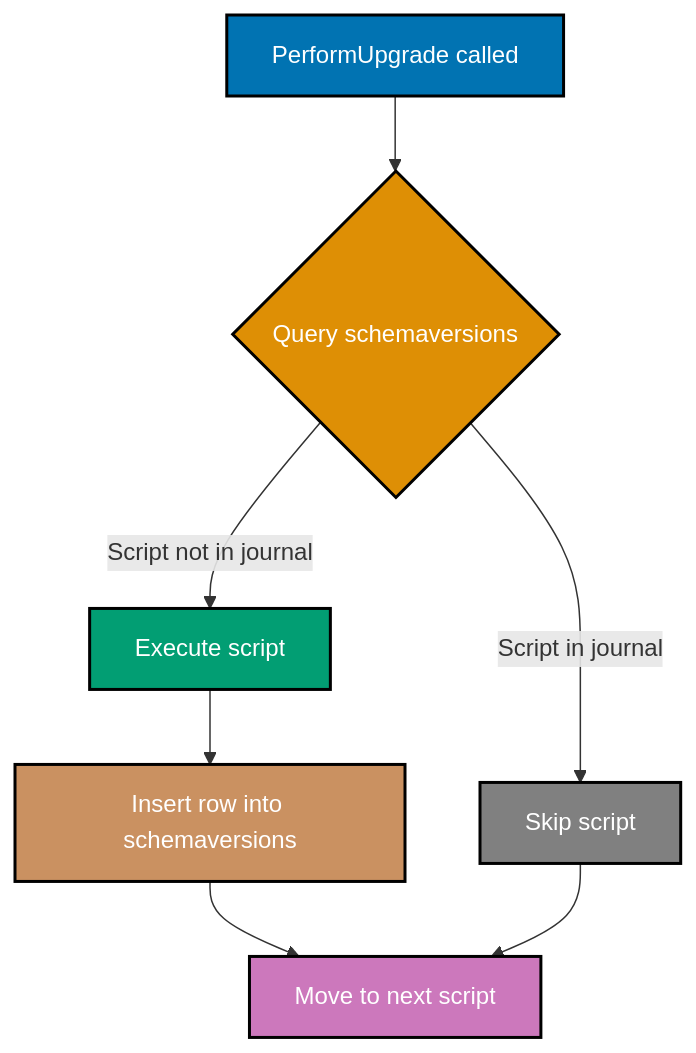
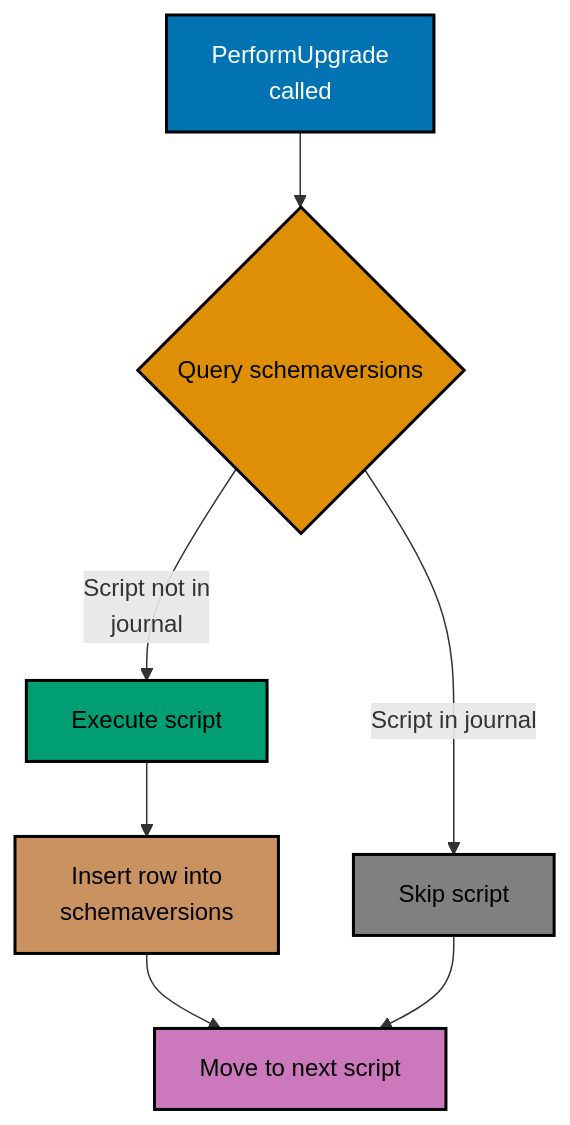
Before and after one commit to wahidyankf/ose-public: the second of 2 diagrams in apps/ayokoding-www/content/en/learn/legacy/software-engineering/data/tools/fsharp-dbup/by-example/beginner.md, drawn with Mermaid. The commit also changed other lines of this file and 131 other files, not shown here.

First line of the commit message:
fix(mermaid): bring the legacy data, infrastructure, and testing diagrams onto the accessible palette

````diff
--- a/apps/ayokoding-www/content/en/learn/legacy/software-engineering/data/tools/fsharp-dbup/by-example/beginner.md
+++ b/apps/ayokoding-www/content/en/learn/legacy/software-engineering/data/tools/fsharp-dbup/by-example/beginner.md
@@ -231,18 +239,27 @@
 ```mermaid
 %% Color Palette: Blue #0173B2, Orange #DE8F05, Teal #029E73, Purple #CC78BC, Brown #CA9161
 %% SchemaVersions journal tracking
 graph TD
-    A[PerformUpgrade called] --> B{Query schemaversions}
-    B -->|Script not in journal| C[Execute script]
+    accTitle: Example 6: SchemaVersions Journal Table
+    accDescr: Graph with 6 nodes and 6 connections. Nodes: PerformUpgrade called, Query schemaversions, Execute script, Skip script, Insert row into schemaversions, Move to next script. Connections: PerformUpgrade called to Query schemaversions, Query schemaversions to Execute script (Script not in journal), Query schemaversions to Skip script (Script in journal), Execute script to Insert row into schemaversions, Insert row into schemaversions to Move to next script, Skip script to Move to next script.
+    A[PerformUpgrade<br/>called] --> B{Query schemaversions}
+    B -->|Script not in<br/>journal| C[Execute script]
     B -->|Script in journal| D[Skip script]
-    C --> E[Insert row into schemaversions]
+    C --> E[Insert row into<br/>schemaversions]
     E --> F[Move to next script]
     D --> F
 
-    style A fill:#0173B2,stroke:#000000,color:#FFFFFF,stroke-width:2px
-    style B fill:#DE8F05,stroke:#000000,color:#FFFFFF,stroke-width:2px
-    style C fill:#029E73,stroke:#000000,color:#FFFFFF,stroke-width:2px
-    style D fill:#808080,stroke:#000000,color:#FFFFFF,stroke-width:2px
-    style E fill:#CA9161,stroke:#000000,color:#FFFFFF,stroke-width:2px
-    style F fill:#CC78BC,stroke:#000000,color:#FFFFFF,stroke-width:2px
+    classDef pal-0173B2 fill:#0173B2,stroke:#000000,color:#FFFFFF,stroke-width:2px
+    class A pal-0173B2
+    classDef pal-DE8F05 fill:#DE8F05,stroke:#000000,color:#000000,stroke-width:2px
+    class B pal-DE8F05
+    classDef pal-029E73 fill:#029E73,stroke:#000000,color:#000000,stroke-width:2px
+    class C pal-029E73
+    classDef pal-808080 fill:#808080,stroke:#000000,color:#000000,stroke-width:2px
+    class D pal-808080
+    classDef pal-CA9161 fill:#CA9161,stroke:#000000,color:#000000,stroke-width:2px
+    class E pal-CA9161
+    classDef pal-CC78BC fill:#CC78BC,stroke:#000000,color:#000000,stroke-width:2px
+    class F pal-CC78BC
+    classDef default fill:#FFFFFF,stroke:#000000,color:#000000
 ```
````
